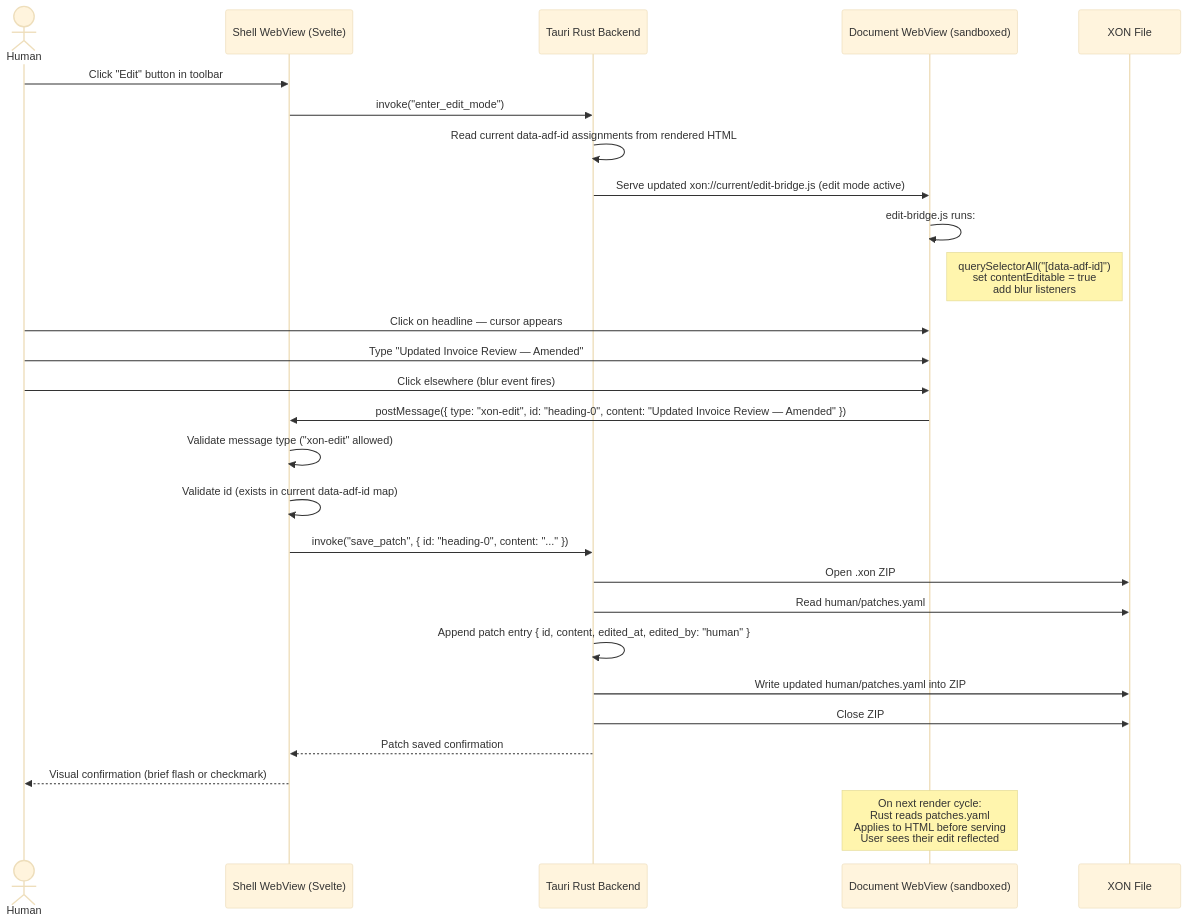
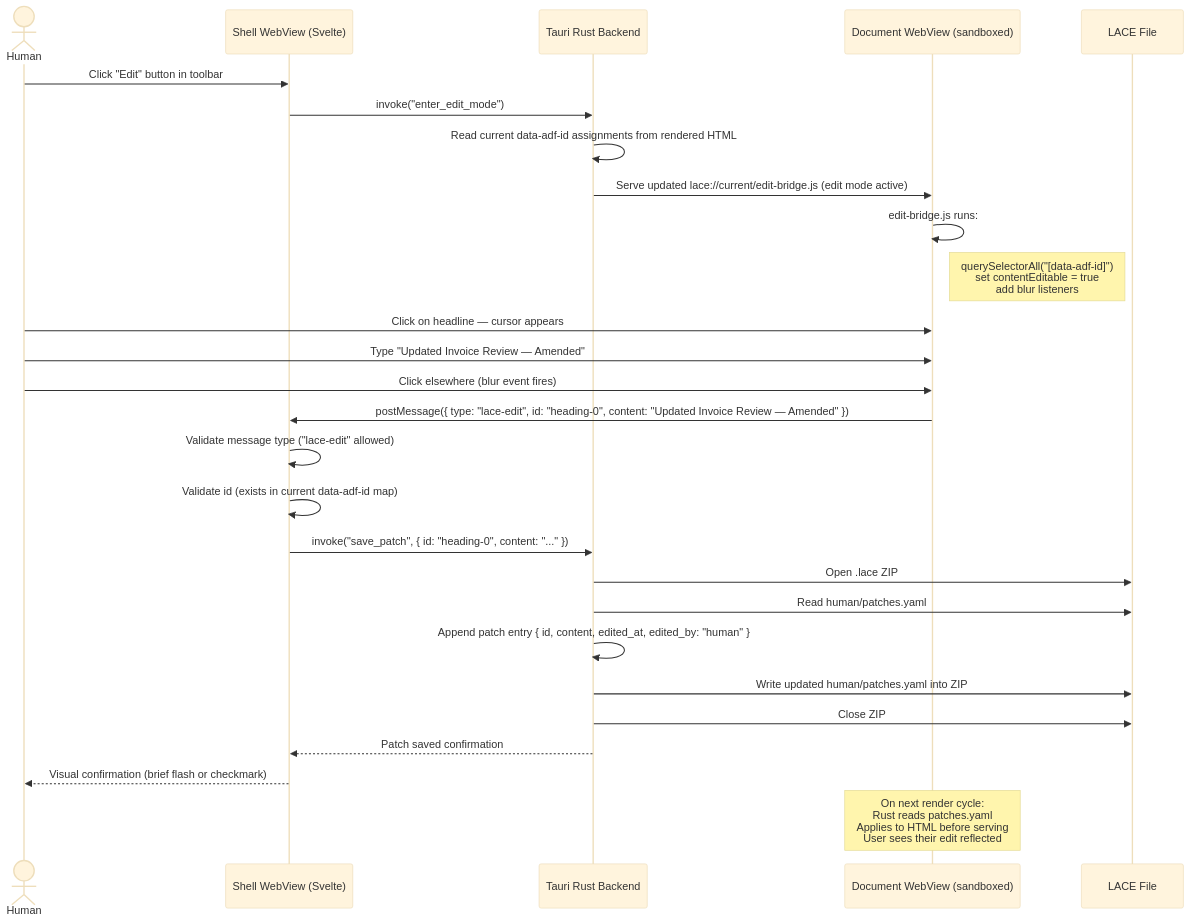
Before and after one commit to batunii/napkin-os: the fourth of 8 diagrams in SEQUENCE-DIAGRAMS.md, drawn with Mermaid (base theme). The commit also changed other lines of this file and 7 other files, not shown here.

First line of the commit message:
Rename XON → LACE throughout

````diff
--- a/SEQUENCE-DIAGRAMS.md
+++ b/SEQUENCE-DIAGRAMS.md
@@ -180,36 +180,36 @@
 ```mermaid
 sequenceDiagram
     actor Human
     participant Shell as Shell WebView (Svelte)
     participant Rust as Tauri Rust Backend
     participant Doc as Document WebView (sandboxed)
-    participant FS as XON File
+    participant FS as LACE File
 
     Human->>Shell: Click "Edit" button in toolbar
     Shell->>Rust: invoke("enter_edit_mode")
     Rust->>Rust: Read current data-adf-id assignments from rendered HTML
-    Rust->>Doc: Serve updated xon://current/edit-bridge.js (edit mode active)
+    Rust->>Doc: Serve updated lace://current/edit-bridge.js (edit mode active)
     Doc->>Doc: edit-bridge.js runs:
     note right of Doc: querySelectorAll("[data-adf-id]")<br/>set contentEditable = true<br/>add blur listeners
 
     Human->>Doc: Click on headline — cursor appears
     Human->>Doc: Type "Updated Invoice Review — Amended"
     Human->>Doc: Click elsewhere (blur event fires)
 
-    Doc->>Shell: postMessage({ type: "xon-edit", id: "heading-0", content: "Updated Invoice Review — Amended" })
+    Doc->>Shell: postMessage({ type: "lace-edit", id: "heading-0", content: "Updated Invoice Review — Amended" })
 
-    Shell->>Shell: Validate message type ("xon-edit" allowed)
+    Shell->>Shell: Validate message type ("lace-edit" allowed)
     Shell->>Shell: Validate id (exists in current data-adf-id map)
     Shell->>Rust: invoke("save_patch", { id: "heading-0", content: "..." })
 
-    Rust->>FS: Open .xon ZIP
+    Rust->>FS: Open .lace ZIP
     Rust->>FS: Read human/patches.yaml
     Rust->>Rust: Append patch entry { id, content, edited_at, edited_by: "human" }
     Rust->>FS: Write updated human/patches.yaml into ZIP
     Rust->>FS: Close ZIP
 
     Rust-->>Shell: Patch saved confirmation
     Shell-->>Human: Visual confirmation (brief flash or checkmark)
 
     note over Doc: On next render cycle:<br/>Rust reads patches.yaml<br/>Applies to HTML before serving<br/>User sees their edit reflected
 ```
````
